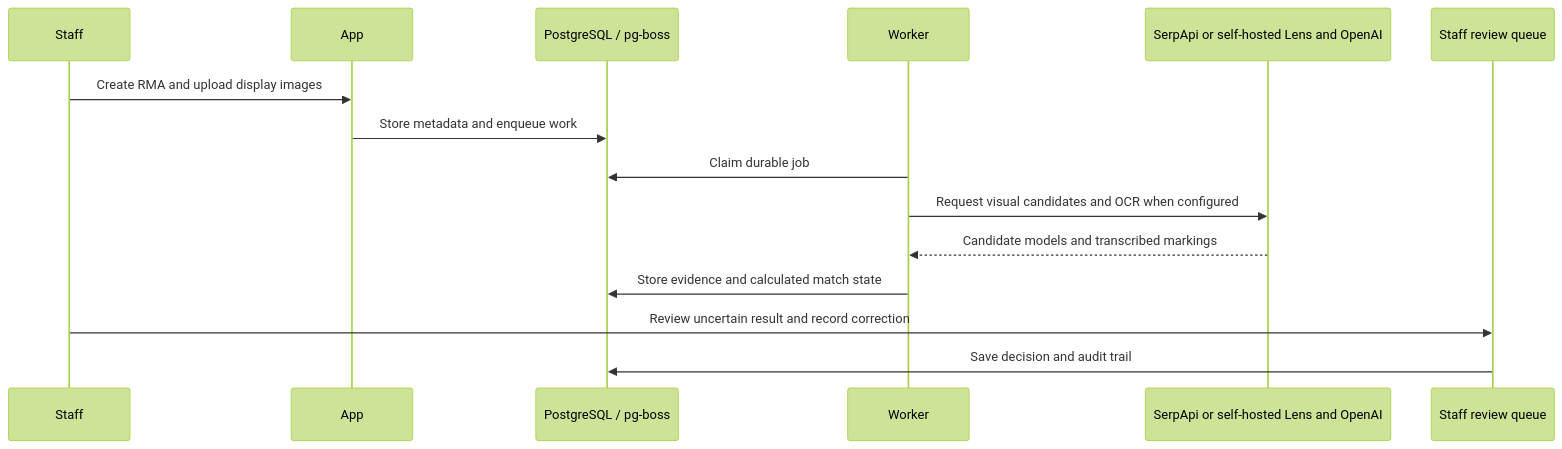
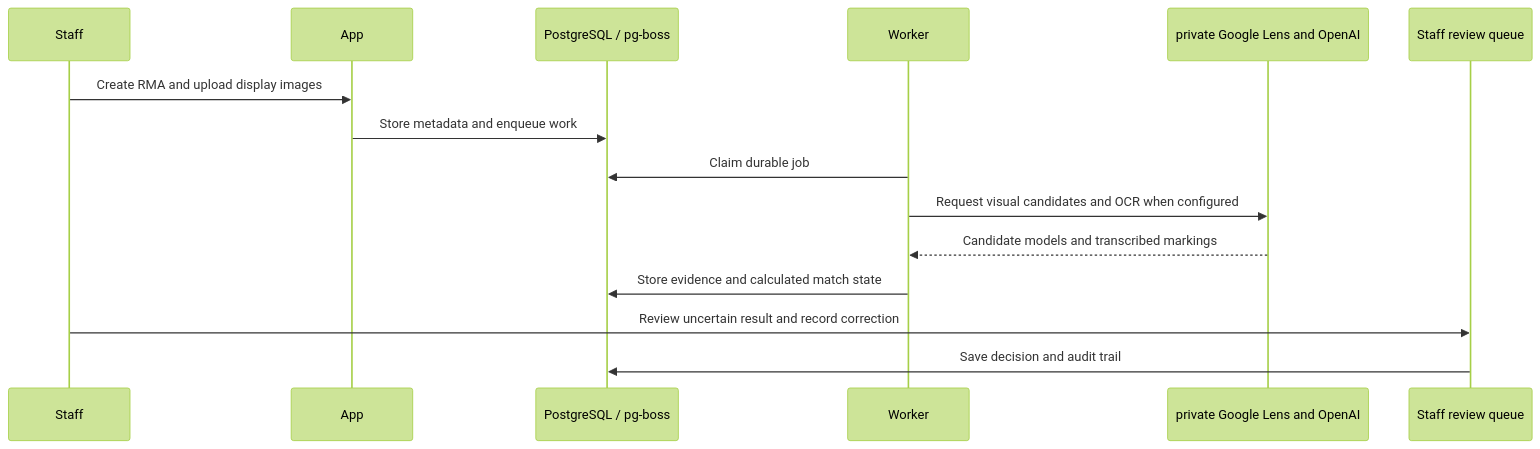
One commit to arslanbasharat-o-o/RMA-System changed the diagram in ARCHITECTURE.md. Above: the diagram before and after it, drawn with Mermaid (forest theme). The commit also changed other lines of this file and 124 other files, not shown here.

````diff
--- a/ARCHITECTURE.md
+++ b/ARCHITECTURE.md
@@ -14,17 +14,17 @@
 ```mermaid
 sequenceDiagram
   participant Staff
   participant App
   participant DB as PostgreSQL / pg-boss
   participant Worker
-  participant Providers as SerpApi or self-hosted Lens and OpenAI
+  participant Providers as private Google Lens and OpenAI
   participant Review as Staff review queue
   Staff->>App: Create RMA and upload display images
   App->>DB: Store metadata and enqueue work
   Worker->>DB: Claim durable job
   Worker->>Providers: Request visual candidates and OCR when configured
   Providers-->>Worker: Candidate models and transcribed markings
   Worker->>DB: Store evidence and calculated match state
   Staff->>Review: Review uncertain result and record correction
   Review->>DB: Save decision and audit trail
 ```
````
